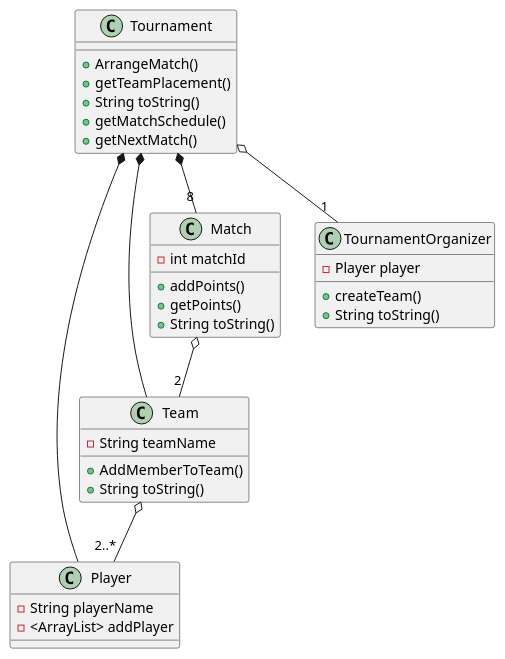
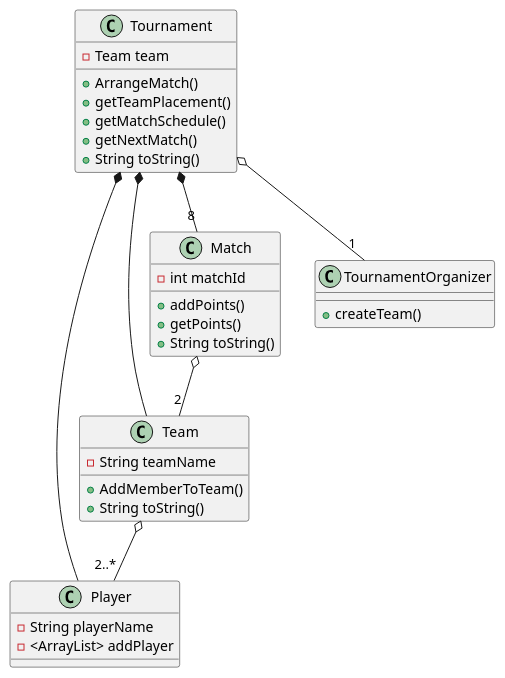
The diagram in doc/Class.puml (DeRp-DaWg/SP3), drawn with PlantUML before and after one commit.

```diff
--- a/doc/Class.puml
+++ b/doc/Class.puml
@@ -1,43 +1,42 @@
 @startuml
 'https://plantuml.com/class-diagram
 
 class Player {
 -String playerName
 -<ArrayList> addPlayer
 }
 
 class Team {
 -String teamName
 +AddMemberToTeam()
 +String toString()
 }
 
 class Match{
 -int matchId
 +addPoints()
 +getPoints()
 +String toString()
 }
 
 class Tournament {
+-Team team
 +ArrangeMatch()
 +getTeamPlacement()
-+String toString()
 +getMatchSchedule()
 +getNextMatch()
++String toString()
 }
 
 class TournamentOrganizer {
--Player player
 +createTeam()
-+String toString()
 }
 
 Tournament o-- "1" TournamentOrganizer
 Tournament *-- "8" Match
 Tournament *-- Player
 Tournament *-- Team
 Match o-- "2" Team
 Team o-- "2..*" Player
 
 @enduml
```
